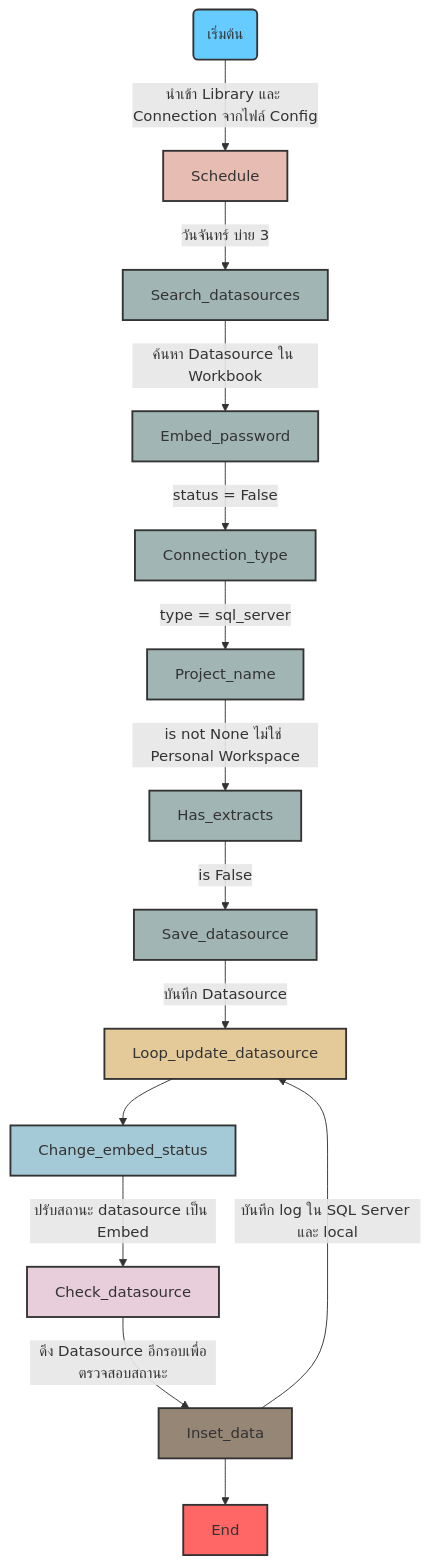
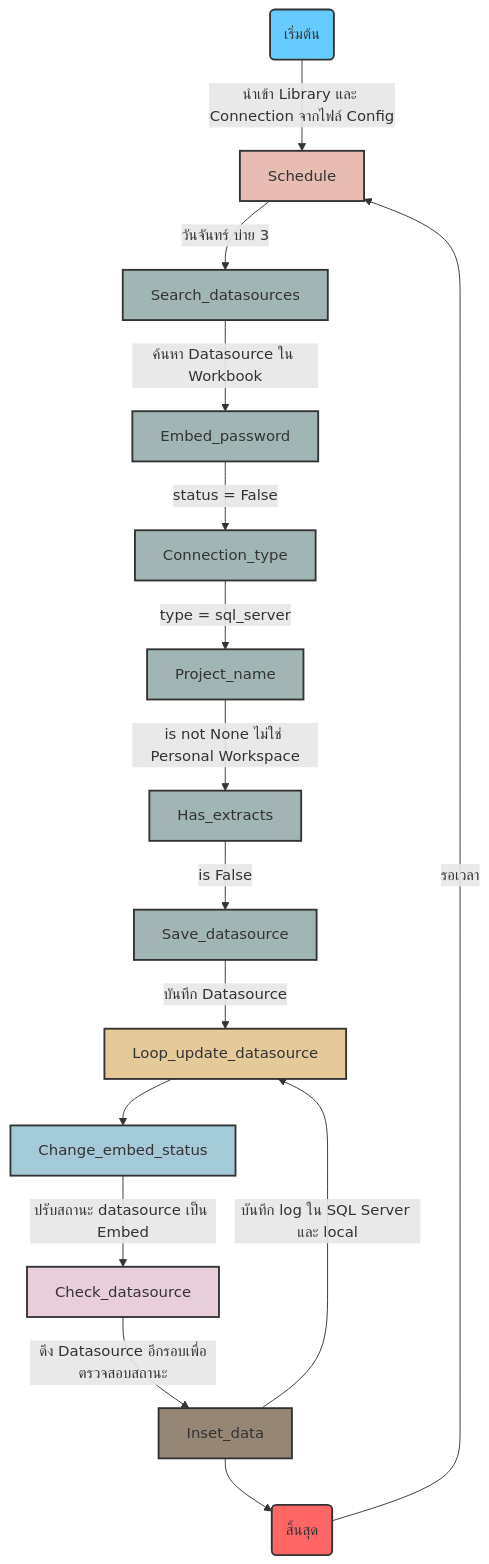
The diagram in change_embed_status/README.md (Burinboo256/Tableau-Admin-EcoSystem), drawn with Mermaid before and after one commit.

Commit message:
Update checnge Embed Diagram with loop

````diff
--- a/change_embed_status/README.md
+++ b/change_embed_status/README.md
@@ -3,35 +3,35 @@
 ```mermaid
 graph TD;
     Start(เริ่มต้น) -->|นำเข้า Library และ Connection จากไฟล์ Config|Schedule
     
     Schedule --> |วันจันทร์ บ่าย 3| Search_datasources
 
     Search_datasources --> |ค้นหา Datasource ใน Workbook| Embed_password
     Embed_password --> |status = False| Connection_type
     Connection_type --> |type = sql_server| Project_name
     Project_name --> |is not None ไม่ใช่ Personal Workspace|Has_extracts
     Has_extracts --> |is False|Save_datasource
     Save_datasource --> |บันทึก Datasource|Loop_update_datasource
     Loop_update_datasource -->Change_embed_status
     Change_embed_status --> |ปรับสถานะ datasource เป็น Embed|Check_datasource
     Check_datasource --> |ดึง Datasource อีกรอบเพื่อตรวจสอบสถานะ| Inset_data
     Inset_data --> |บันทึก log ใน SQL Server และ local| Loop_update_datasource
-    Inset_data --> End
-
+    Inset_data --> End(สิ้นสุด)
+    End -->|รอเวลา| Schedule
 
     style Start fill:#66ccff,stroke:#333,stroke-width:2px;
     style Schedule fill:#E7BDB3,stroke:#333,stroke-width:2px;
     style Search_datasources fill:#A1B6B4,stroke:#333,stroke-width:2px;
     style Embed_password fill:#A1B6B4,stroke:#333,stroke-width:2px;
     style Connection_type fill:#A1B6B4,stroke:#333,stroke-width:2px;
     style Project_name fill:#A1B6B4,stroke:#333,stroke-width:2px;
     style Has_extracts fill:#A1B6B4,stroke:#333,stroke-width:2px;
     style Save_datasource fill:#A1B6B4,stroke:#333,stroke-width:2px;
 
     style Loop_update_datasource fill:#E4CA99,stroke:#333,stroke-width:2px;
     style Change_embed_status fill:#A4c9D7,stroke:#333,stroke-width:2px;
     style Check_datasource fill:#E8CEDB,stroke:#333,stroke-width:2px;
     style Inset_data fill:#958676,stroke:#333,stroke-width:2px;
 
     style End fill:#ff6666,stroke:#333,stroke-width:2px;
 ```
````
